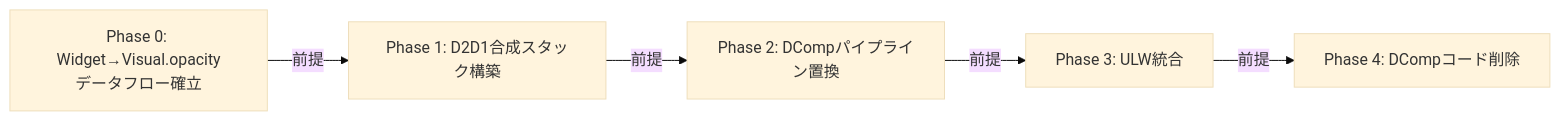
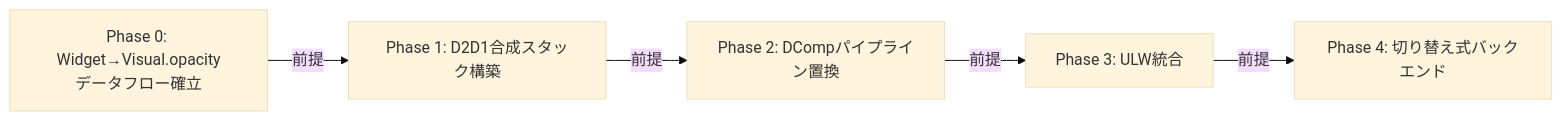
The sixth of 6 diagrams in .kiro/specs/wintf-dcomp-to-layered-migration/design.md (ekicyou/areka), drawn with Mermaid (base theme) before and after one commit. The commit also changed other lines of this file and 10 other files, not shown here.

````diff
--- a/.kiro/specs/wintf-dcomp-to-layered-migration/design.md
+++ b/.kiro/specs/wintf-dcomp-to-layered-migration/design.md
@@ -717,13 +720,13 @@
 ```mermaid
 graph LR
     P0[Phase 0: Widget→Visual.opacity<br/>データフロー確立]
     P1[Phase 1: D2D1合成スタック構築]
     P2[Phase 2: DCompパイプライン置換]
     P3[Phase 3: ULW統合]
-    P4[Phase 4: DCompコード削除]
+    P4[Phase 4: 切り替え式バックエンド]
 
     P0 -->|前提| P1
     P1 -->|前提| P2
     P2 -->|前提| P3
     P3 -->|前提| P4
 ```
````
